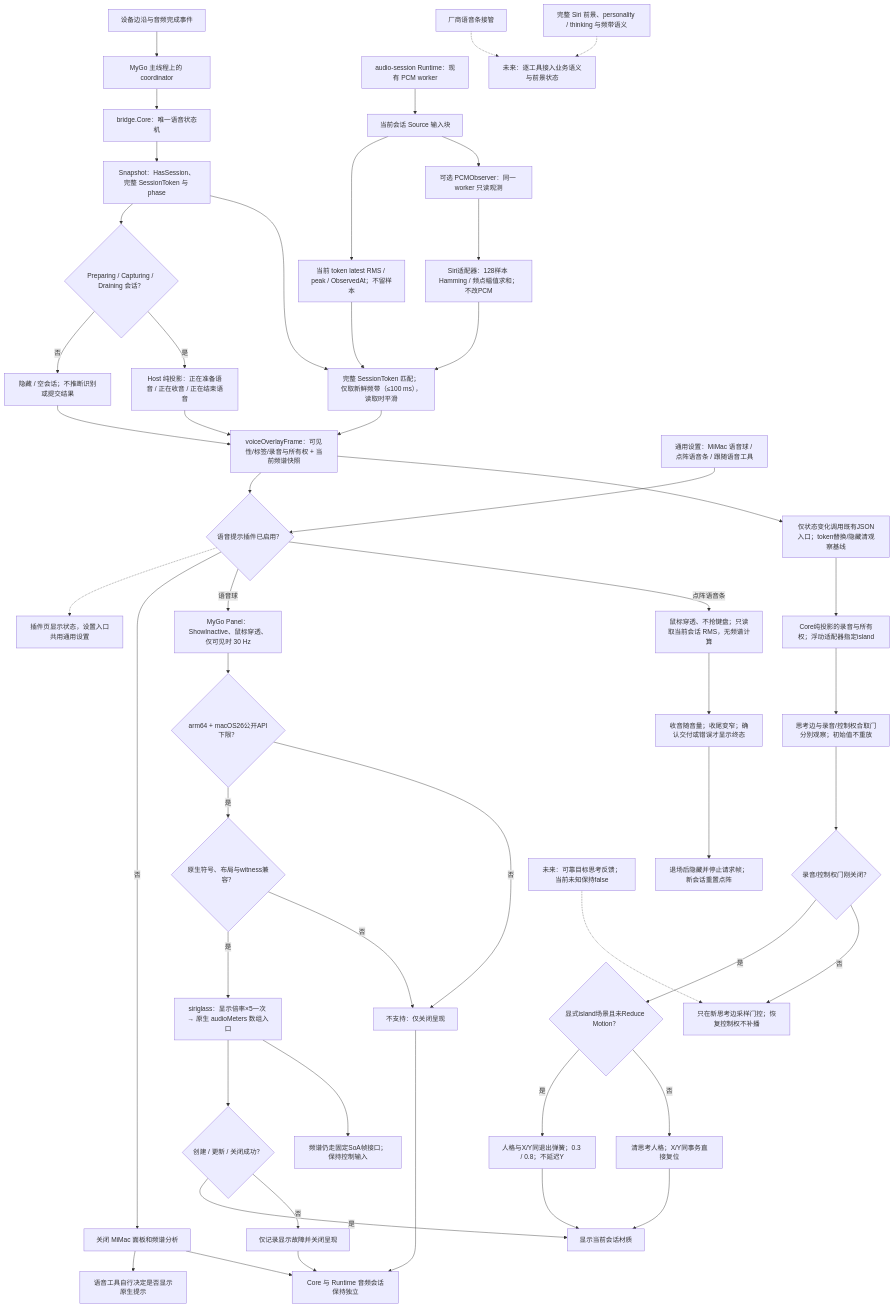
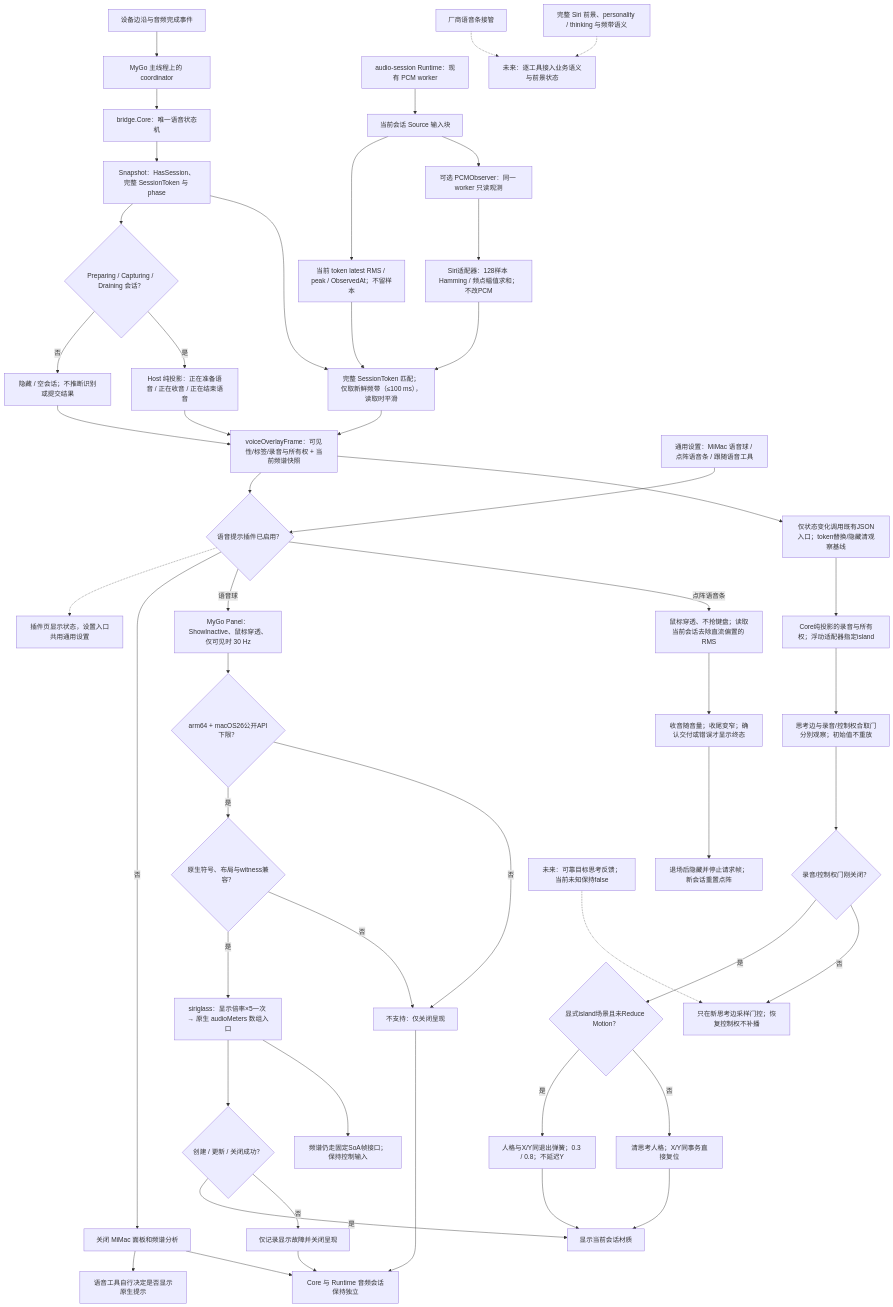
Before and after one commit to daftAI2026/MiMac: the diagram in tools/workbench/diagrams/voice-presentation-boundary.mmd, drawn with Mermaid. The commit also changed 34 other files, not shown here.

```diff
--- a/tools/workbench/diagrams/voice-presentation-boundary.mmd
+++ b/tools/workbench/diagrams/voice-presentation-boundary.mmd
@@ -1,55 +1,55 @@
 flowchart TD
     input["设备边沿与音频完成事件"] --> owner["MyGo 主线程上的 coordinator"]
     owner --> core["bridge.Core：唯一语音状态机"]
     core --> snapshot["Snapshot：HasSession、完整 SessionToken 与 phase"]
     snapshot --> active{"Preparing / Capturing / Draining 会话？"}
     active -->|否| idle["隐藏 / 空会话；不推断识别或提交结果"]
     active -->|是| phase["Host 纯投影：正在准备语音 / 正在收音 / 正在结束语音"]
 
     runtime["audio-session Runtime：现有 PCM worker"] --> source["当前会话 Source 输入块"]
     source --> meter["当前 token latest RMS / peak / ObservedAt；不留样本"]
     source --> observer["可选 PCMObserver：同一 worker 只读观测"]
     observer --> spectrum["Siri适配器：128样本 Hamming / 频点幅值求和；不改PCM"]
     snapshot --> match["完整 SessionToken 匹配；仅取新鲜频带（≤100 ms），读取时平滑"]
     meter --> match
     spectrum --> match
     phase --> frame["voiceOverlayFrame：可见性/标签/录音与所有权 + 当前频谱快照"]
     match --> frame
     idle --> frame
 
     preference["通用设置：MiMac 语音球 / 点阵语音条 / 跟随语音工具"] --> enabled{"语音提示插件已启用？"}
     enabled -.-> status["插件页显示状态，设置入口共用通用设置"]
     frame --> enabled
     enabled -->|否| hidden["关闭 MiMac 面板和频谱分析"]
     hidden --> toolDisplay["语音工具自行决定是否显示原生提示"]
     enabled -->|语音球| panel["MyGo Panel：ShowInactive、鼠标穿透、仅可见时 30 Hz"]
-    enabled -->|点阵语音条| dots["鼠标穿透、不抢键盘；只读取当前会话 RMS，无频谱计算"]
+    enabled -->|点阵语音条| dots["鼠标穿透、不抢键盘；读取当前会话去除直流偏置的 RMS"]
     dots --> motion["收音随音量；收尾变窄；确认交付或错误才显示终态"]
     motion --> rest["退场后隐藏并停止请求帧；新会话重置点阵"]
     panel --> gate{"arm64 + macOS26公开API下限？"}
     gate -->|是| capability{"原生符号、布局与witness兼容？"}
     capability -->|是| renderer["siriglass：显示倍率×5一次 → 原生 audioMeters 数组入口"]
     capability -->|否| unsupported
     gate -->|否| unsupported["不支持：仅关闭呈现"]
     renderer --> operation{"创建 / 更新 / 关闭成功？"}
     operation -->|是| material["显示当前会话材质"]
     operation -->|否| failure["仅记录显示故障并关闭呈现"]
     hidden --> audio["Core 与 Runtime 音频会话保持独立"]
     unsupported --> audio
     failure --> audio
 
     vendor["厂商语音条接管"] -.-> future["未来：逐工具接入业务语义与前景状态"]
     siri["完整 Siri 前景、personality / thinking 与频带语义"] -.-> future
 
     explicit["Core纯投影的录音与所有权；浮动适配器指定island"] --> nativeEdges["思考边与录音/控制权合取门分别观察；初始值不重放"]
     frame --> controls["仅状态变化调用既有JSON入口；token替换/隐藏清观察基线"]
     controls --> explicit
     renderer --> arrays["频谱仍走固定SoA帧接口；保持控制输入"]
     nativeEdges --> exitGate{"录音/控制权门刚关闭？"}
     exitGate -->|是| exitScene{"显式island场景且未Reduce Motion？"}
     exitScene -->|是| resetAnimated["人格与X/Y同退出弹簧；0.3 / 0.8；不延迟Y"]
     exitScene -->|否| reset["清思考人格；X/Y同事务直接复位"]
     exitGate -->|否| thinkEdge["只在新思考边采样门控；恢复控制权不补播"]
     reset --> material
     resetAnimated --> material
     target["未来：可靠目标思考反馈；当前未知保持false"] -.-> thinkEdge
```
